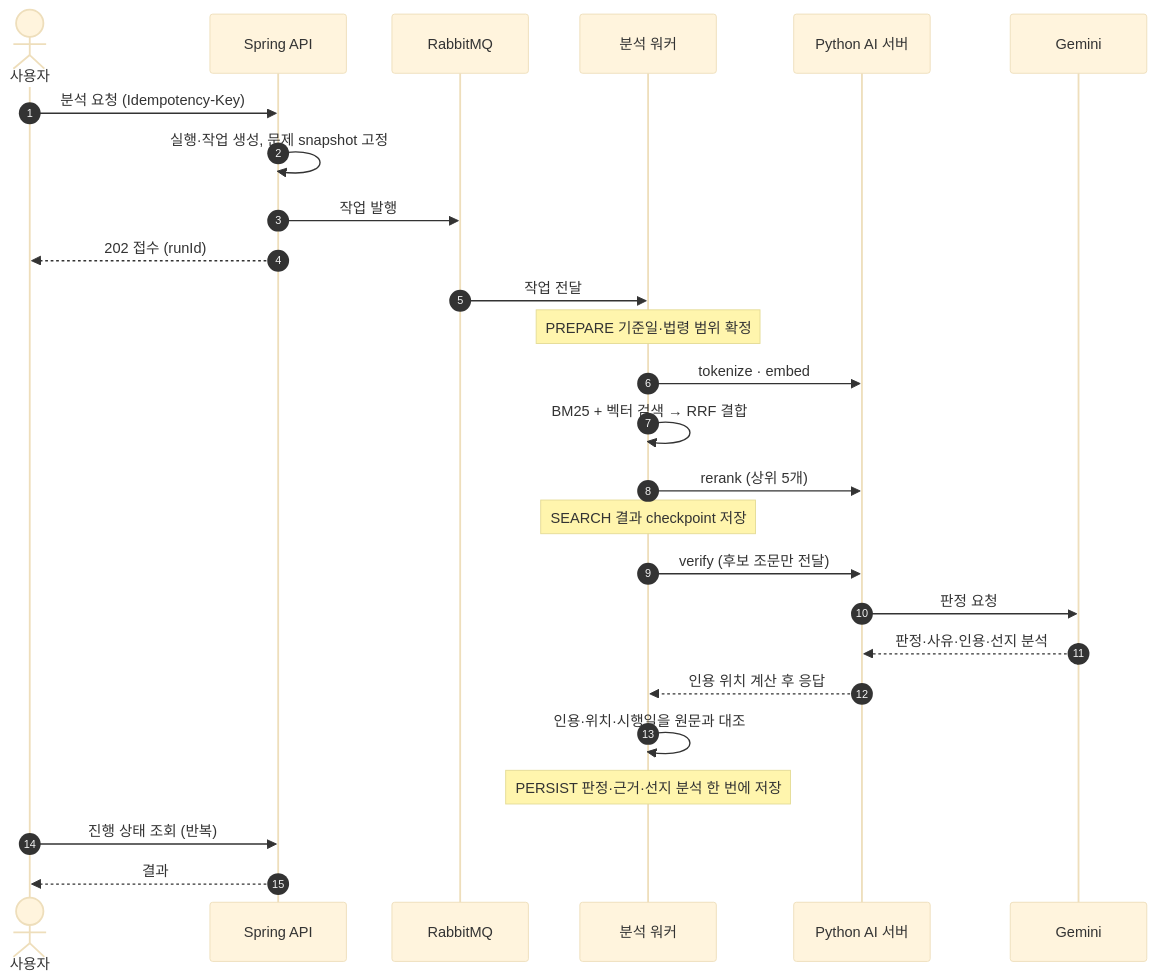
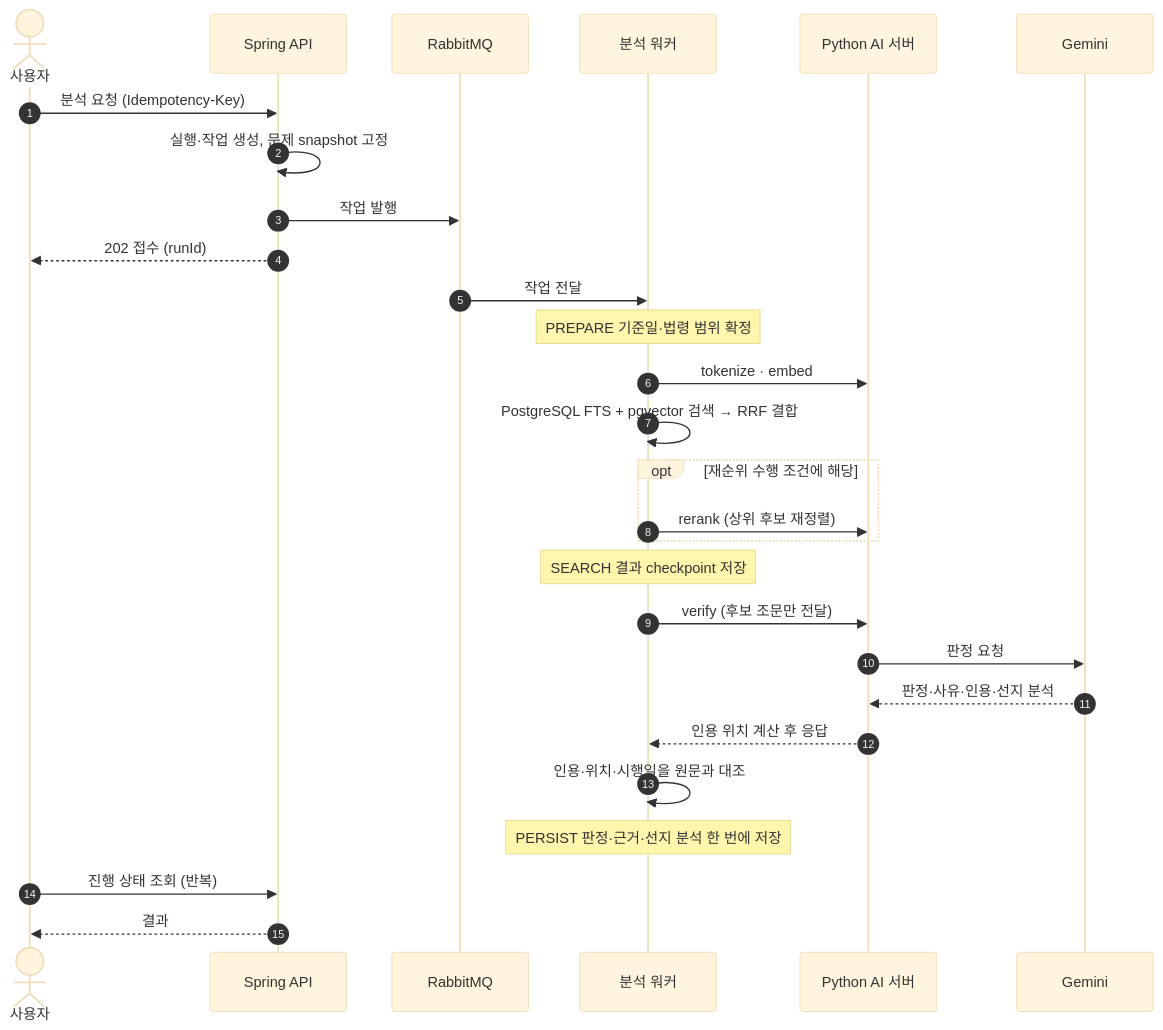
The first of 7 diagrams in README.md (lawground-team/LawGround), drawn with Mermaid (base theme) before and after one commit. The commit also changed other lines of this file, not shown here.

````diff
--- a/README.md
+++ b/README.md
@@ -193,29 +166,31 @@
 ```mermaid
 sequenceDiagram
     autonumber
     actor 사용자
     participant S as Spring API
     participant Q as RabbitMQ
     participant W as 분석 워커
     participant P as Python AI 서버
     participant G as Gemini
 
     사용자->>S: 분석 요청 (Idempotency-Key)
     S->>S: 실행·작업 생성, 문제 snapshot 고정
     S->>Q: 작업 발행
     S-->>사용자: 202 접수 (runId)
     Q->>W: 작업 전달
     Note over W: PREPARE 기준일·법령 범위 확정
     W->>P: tokenize · embed
-    W->>W: BM25 + 벡터 검색 → RRF 결합
-    W->>P: rerank (상위 5개)
+    W->>W: PostgreSQL FTS + pgvector 검색 → RRF 결합
+    opt 재순위 수행 조건에 해당
+        W->>P: rerank (상위 후보 재정렬)
+    end
     Note over W: SEARCH 결과 checkpoint 저장
     W->>P: verify (후보 조문만 전달)
     P->>G: 판정 요청
     G-->>P: 판정·사유·인용·선지 분석
     P-->>W: 인용 위치 계산 후 응답
     W->>W: 인용·위치·시행일을 원문과 대조
     Note over W: PERSIST 판정·근거·선지 분석 한 번에 저장
     사용자->>S: 진행 상태 조회 (반복)
     S-->>사용자: 결과
 ```
````
